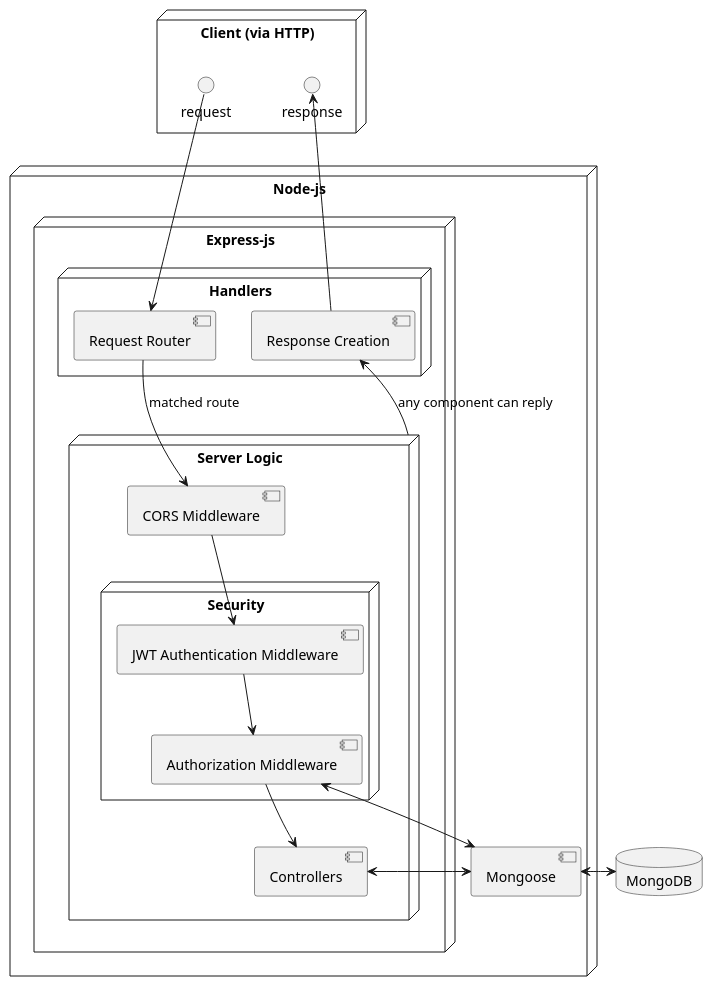
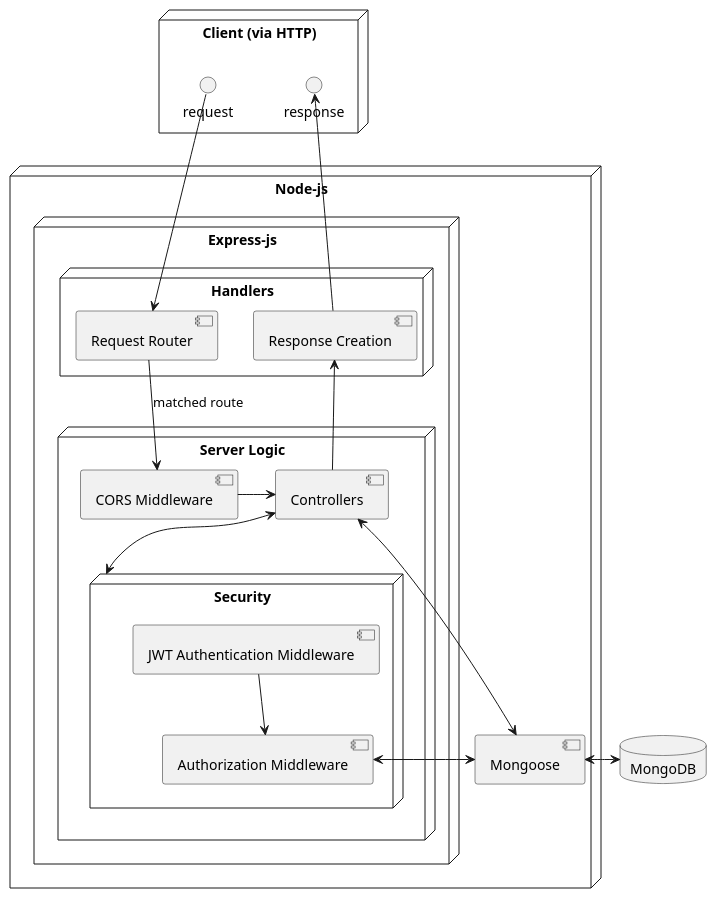
The diagram in documentation/ME(R)N Component Overview.puml (Matans844/e-commerce-backend), drawn with PlantUML before and after one commit. The commit also changed 1 other file, not shown here.

```diff
--- a/documentation/ME(R)N Component Overview.puml
+++ b/documentation/ME(R)N Component Overview.puml
@@ -1,53 +1,56 @@
 @startuml
 'https://plantuml.com/component-diagram
 
 node "Client (via HTTP)"{
     () request
     () response
 }
 
 node "Node-js" {
 
     node "Express-js" {
         node "Handlers"{
             [Request Router]
             [Response Creation]
         }
 
         node "Server Logic"{
             [CORS Middleware]
 
             node "Security"{
               [JWT Authentication Middleware]
               [Authorization Middleware]
             }
 
             [Controllers]
         }
     }
 
     [Mongoose]
 
 }
 
 
 database "MongoDB" {
 
 }
 
 request --> [Request Router]
 [Response Creation] --> response
-[Request Router] -left-> [CORS Middleware] : matched route
-[Server Logic] -up-> [Response Creation] : any component can reply
+[Request Router] --> [CORS Middleware] : matched route
+[Controllers] -up-> [Response Creation]
 
-[CORS Middleware] --> [JWT Authentication Middleware]
+
 [JWT Authentication Middleware] --> [Authorization Middleware]
-[Authorization Middleware] --> [Controllers]
+[CORS Middleware] -right-> [Controllers]
+
+[Controllers] <--> [Security]
+
 [Authorization Middleware] <-right-> [Mongoose]
-[Controllers] <-right-> [Mongoose]
+[Controllers] <--> [Mongoose]
 [Mongoose] <-right-> [MongoDB]
 
 
 
 
 @enduml
```
